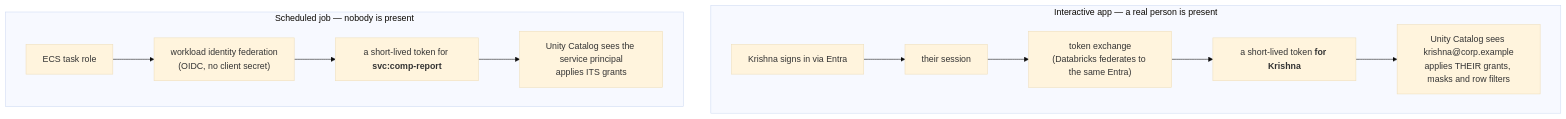
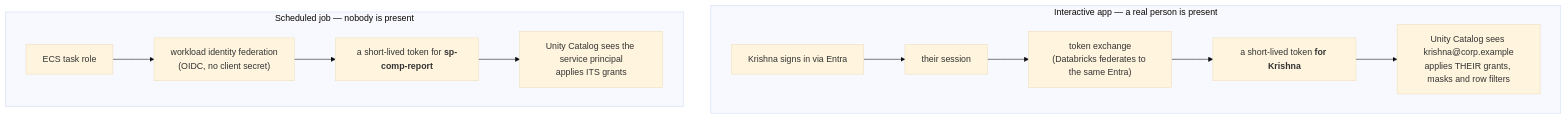
The fifth of 9 diagrams in docs/ARCHITECTURE.md (KRISHNABR/insights-platform), drawn with Mermaid (base theme) before and after one commit. The commit also changed other lines of this file and 7 other files, not shown here.

````diff
--- a/docs/ARCHITECTURE.md
+++ b/docs/ARCHITECTURE.md
@@ -489,14 +489,14 @@
 ```mermaid
 flowchart TB
   subgraph I["Interactive app — a real person is present"]
     U["Krishna signs in via Entra"] --> S["their session"]
     S --> TE["token exchange<br/>(Databricks federates to the same Entra)"]
     TE --> UT["a short-lived token <b>for Krishna</b>"]
     UT --> UC1["Unity Catalog sees krishna@corp.example<br/>applies THEIR grants, masks and row filters"]
   end
   subgraph J["Scheduled job — nobody is present"]
     TR["ECS task role"] --> WIF["workload identity federation<br/>(OIDC, no client secret)"]
-    WIF --> ST["a short-lived token for <b>svc:comp-report</b>"]
+    WIF --> ST["a short-lived token for <b>sp-comp-report</b>"]
     ST --> UC2["Unity Catalog sees the service principal<br/>applies ITS grants"]
   end
 ```
````
